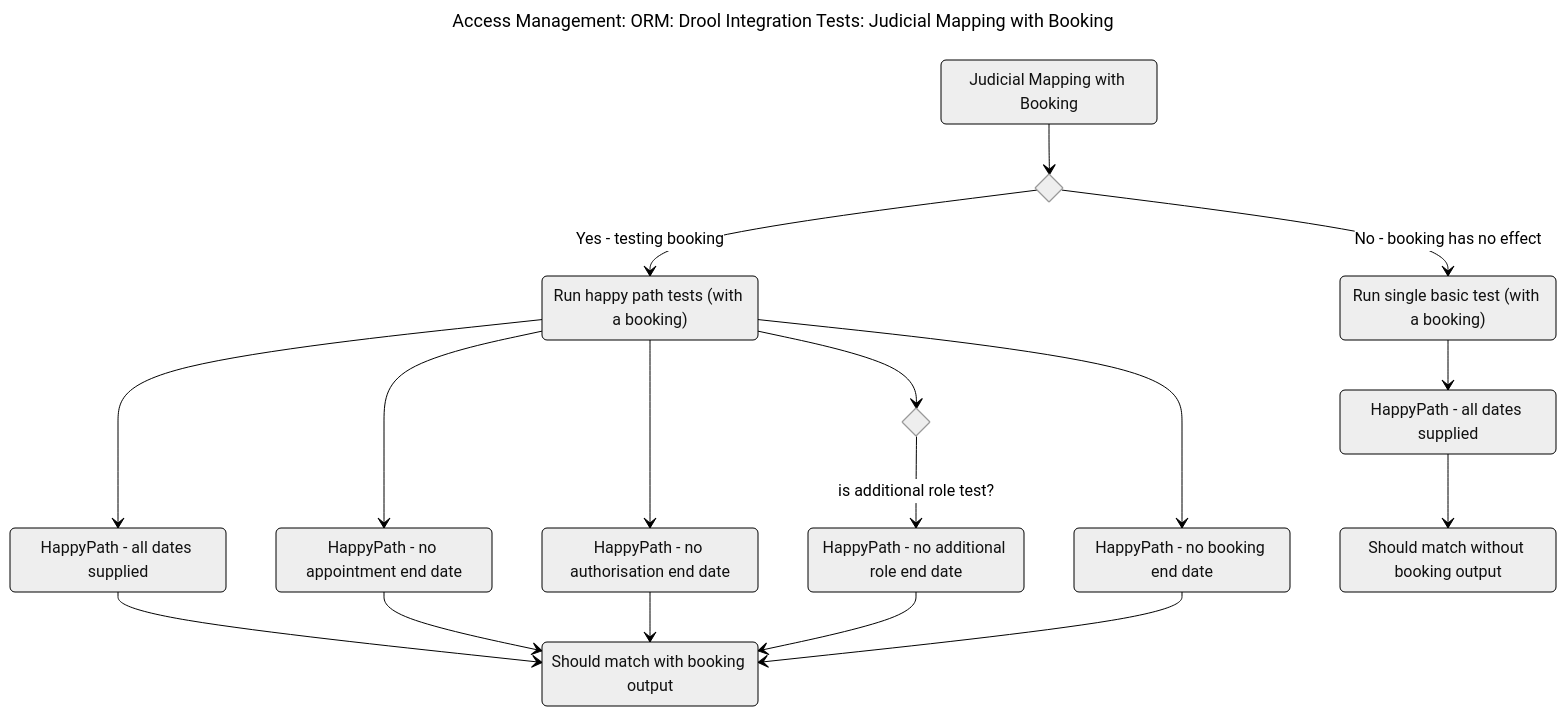
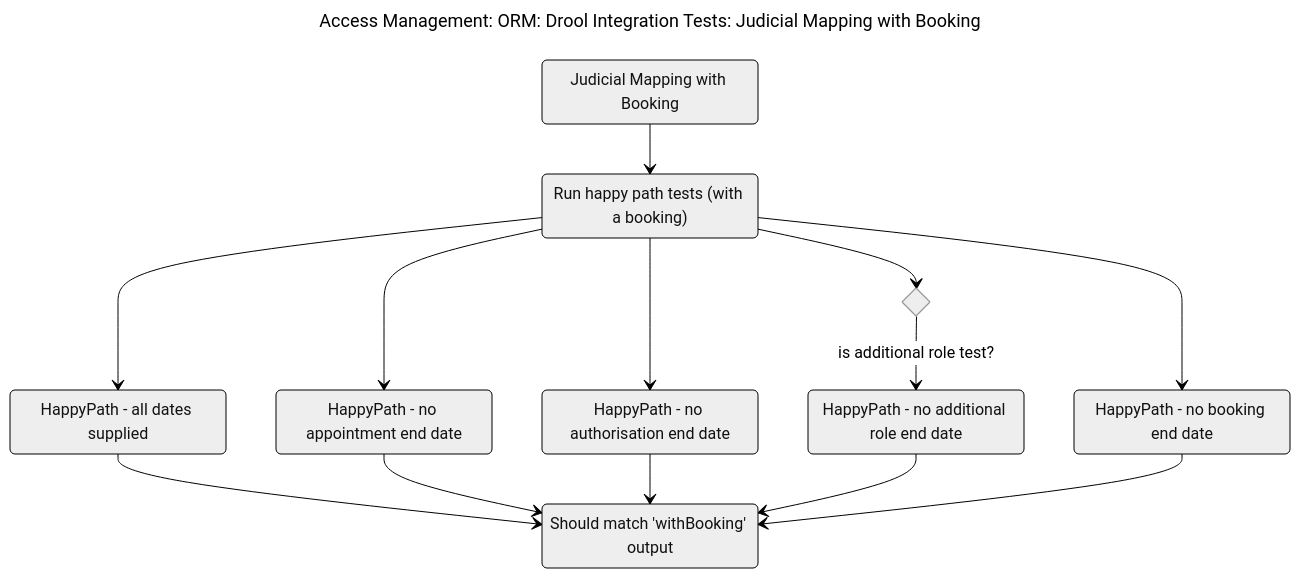
Before and after one commit to hmcts/am-org-role-mapping-service: the second of 3 diagrams in src/integrationTest/resources/DroolTests/README.md, drawn with Mermaid (neutral theme). The commit also changed other lines of this file and 2 other files, not shown here.

Commit message:
DTSAM-604 Refactor Drool IT common tests
   [DTSAM-604](https://tools.hmcts.net/jira/browse/DTSAM-604)

Refactor Drool Integration Tests common tests.

````diff
--- a/src/integrationTest/resources/DroolTests/README.md
+++ b/src/integrationTest/resources/DroolTests/README.md
@@ -50,52 +50,40 @@
 ```mermaid
 ---
 title: "Access Management: ORM: Drool Integration Tests: Judicial Mapping with Booking"
 ---
 stateDiagram-v2
 
     MappingTests ::: test : Judicial Mapping with Booking
 
     RunHappyPaths ::: testRun : Run happy path tests (with a booking)
-    RunBasicTest ::: testRun : Run single basic test (with a booking)
 
     HappyPath1 ::: scenario : HappyPath - all dates supplied 
     HappyPath2 ::: scenario : HappyPath - no appointment end date
     HappyPath3 ::: scenario : HappyPath - no authorisation end date
     HappyPath4 ::: scenario : HappyPath - no additional role end date
     HappyPath5 ::: scenario : HappyPath - no booking end date
 
-    HappyPathBasic ::: scenario : HappyPath - all dates supplied 
+    shouldMatchWithBookingOutput ::: result : Should match 'withBooking' output
 
-    shouldMatchWithBookingOutput ::: result : Should match with booking output
-    shouldMatchWithoutBookingOutput ::: result : Should match without booking output
-
-    state using_booking <<choice>>
     state is_additional_role_test <<choice>>
 
-    MappingTests --> using_booking
-
-    using_booking --> RunHappyPaths: Yes - testing booking
-    using_booking --> RunBasicTest: No - booking has no effect
-
-    RunBasicTest --> HappyPathBasic
+    MappingTests --> RunHappyPaths
 
     RunHappyPaths --> HappyPath1
     RunHappyPaths --> HappyPath2
     RunHappyPaths --> HappyPath3
     RunHappyPaths --> is_additional_role_test
     is_additional_role_test --> HappyPath4: is additional role test?
     RunHappyPaths --> HappyPath5
 
     HappyPath1 --> shouldMatchWithBookingOutput
     HappyPath2 --> shouldMatchWithBookingOutput
     HappyPath3 --> shouldMatchWithBookingOutput
     HappyPath4 --> shouldMatchWithBookingOutput
     HappyPath5 --> shouldMatchWithBookingOutput
 
-    HappyPathBasic --> shouldMatchWithoutBookingOutput
-
     classDef testRun fill:orange
     classDef test fill:white
     classDef result fill:green,color:white
     classDef scenario fill:navy,color:white
 ```
````
